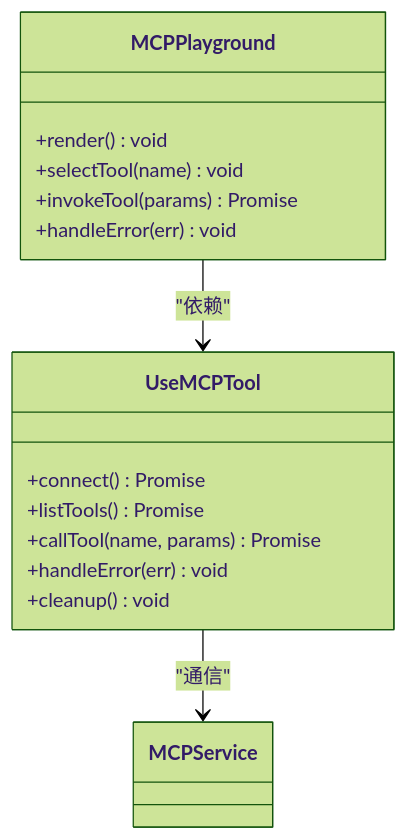
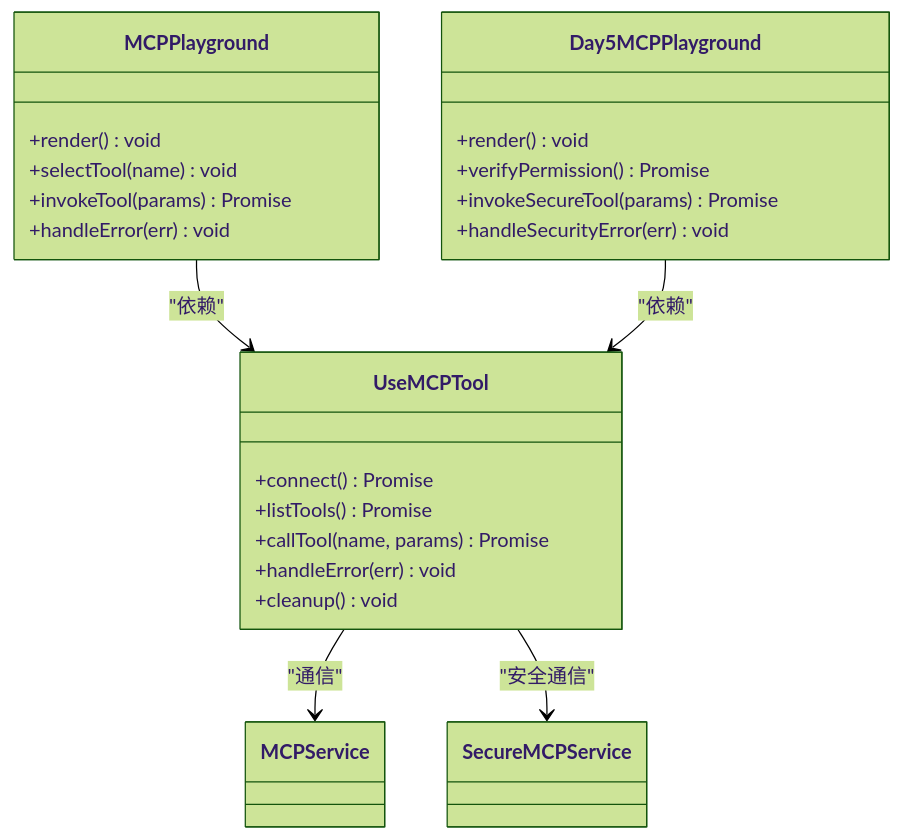
One commit to Leslie-Chuan/classic-example changed the fourth of 7 diagrams in .qoder/repowiki/zh/content/项目概览.md. Above: the diagram before and after it, drawn with Mermaid (forest theme). The commit also changed other lines of this file and 49 other files, not shown here.

````diff
--- a/.qoder/repowiki/zh/content/项目概览.md
+++ b/.qoder/repowiki/zh/content/项目概览.md
@@ -216,18 +243,26 @@
 ```mermaid
 classDiagram
 class MCPPlayground {
 +render() void
 +selectTool(name) void
 +invokeTool(params) Promise
 +handleError(err) void
+}
+class Day5MCPPlayground {
++render() void
++verifyPermission() Promise
++invokeSecureTool(params) Promise
++handleSecurityError(err) void
 }
 class UseMCPTool {
 +connect() Promise
 +listTools() Promise
 +callTool(name, params) Promise
 +handleError(err) void
 +cleanup() void
 }
 MCPPlayground --> UseMCPTool : "依赖"
+Day5MCPPlayground --> UseMCPTool : "依赖"
 UseMCPTool --> MCPService : "通信"
+UseMCPTool --> SecureMCPService : "安全通信"
 ```
````
